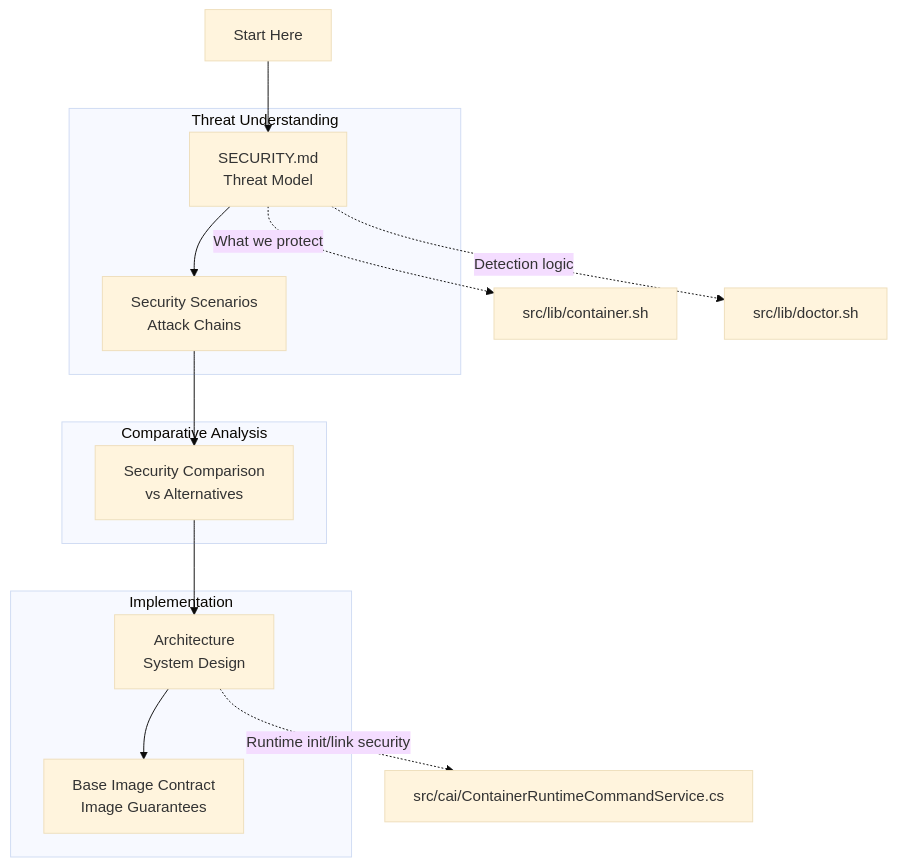
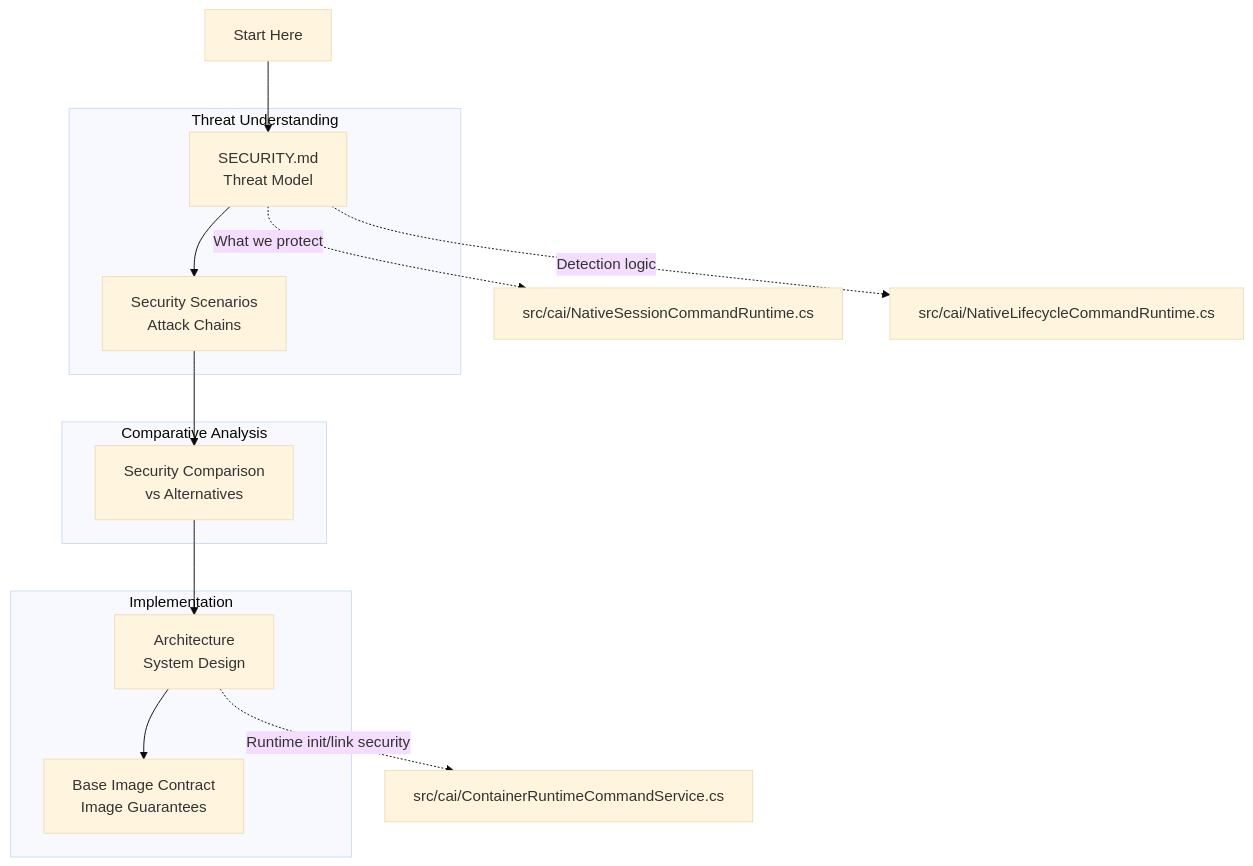
Before and after one commit to novotnyllc/ContainAI: the diagram in docs/for-security-auditors.md, drawn with Mermaid. The commit also changed 8 other files, not shown here.

Commit message:
docs: replace legacy shell-entry references with native cai workflows

````diff
--- a/docs/for-security-auditors.md
+++ b/docs/for-security-auditors.md
@@ -23,35 +23,35 @@
 ```mermaid
 %%{init: {'theme': 'base'}}%%
 flowchart TD
 
     START["Start Here"]
     SM["SECURITY.md<br/>Threat Model"]
     SS["Security Scenarios<br/>Attack Chains"]
     SC["Security Comparison<br/>vs Alternatives"]
     ARCH["Architecture<br/>System Design"]
     BIC["Base Image Contract<br/>Image Guarantees"]
 
     START --> SM
     SM --> SS
     SS --> SC
     SC --> ARCH
     ARCH --> BIC
 
     subgraph threat["Threat Understanding"]
         SM
         SS
     end
 
     subgraph comparison["Comparative Analysis"]
         SC
     end
 
     subgraph implementation["Implementation"]
         ARCH
         BIC
     end
 
-    SM -.->|"What we protect"| SRC1["src/lib/container.sh"]
-    SM -.->|"Detection logic"| SRC2["src/lib/doctor.sh"]
+    SM -.->|"What we protect"| SRC1["src/cai/NativeSessionCommandRuntime.cs"]
+    SM -.->|"Detection logic"| SRC2["src/cai/NativeLifecycleCommandRuntime.cs"]
     ARCH -.->|"Runtime init/link security"| SRC3["src/cai/ContainerRuntimeCommandService.cs"]
 ```
````
